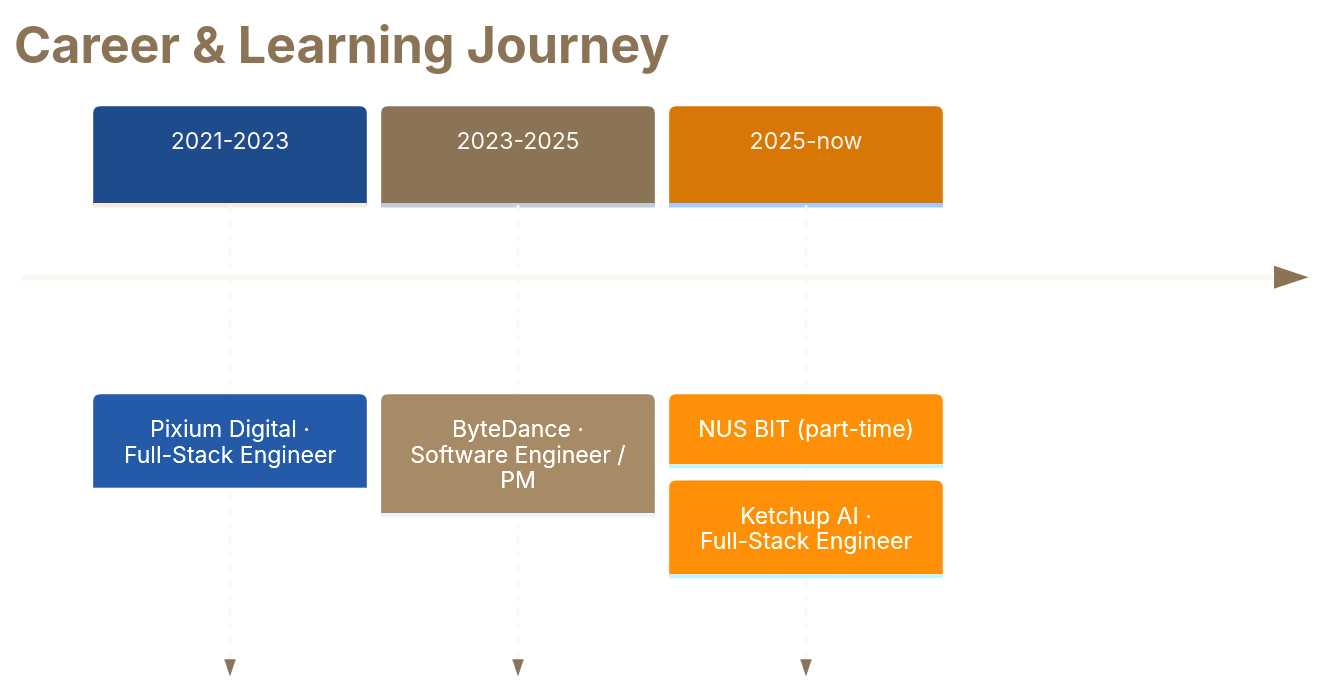
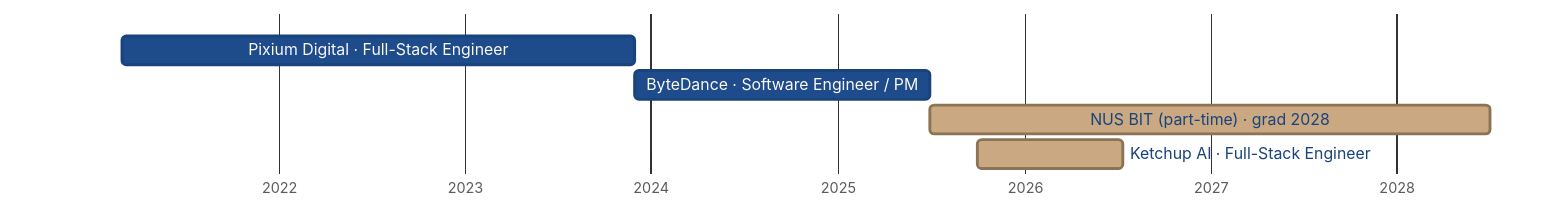
Before and after one commit to enkr1/enkr1: the diagram in README.md, drawn with Mermaid. The commit also changed other lines of this file, not shown here.

Commit message:
♻️ refactor(readme): swap timeline for a gantt with a live NOW line
The mermaid timeline diagram couldn't show a "today" marker; gantt's
todayMarker renders client-side against each viewer's clock, so the red
NOW line stays current with zero regeneration. NUS runs to 2028 so the
marker sits mid-chart crossing the active bars instead of at the edge.

Origin story (born 1999, first loop 2018) moves to a caption since those
milestones would squash a 27-year axis. Ba Zi palette kept: navy past
roles, gold active, single bronze taskTextOutsideColor that reads on both
GitHub themes.

````diff
--- a/README.md
+++ b/README.md
@@ -19,9 +21,11 @@
 ```mermaid
-%%{init: {'theme':'base', 'themeVariables': {'cScale0':'#1E4B8C','cScaleLabel0':'#FBF8F3','cScale1':'#8B7355','cScaleLabel1':'#FBF8F3','cScale2':'#D97706','cScaleLabel2':'#FBF8F3','primaryTextColor':'#FBF8F3','lineColor':'#8B7355','textColor':'#8B7355'}}}%%
-timeline
-    title Career & Learning Journey
-    2021-2023 : Pixium Digital · Full-Stack Engineer
-    2023-2025 : ByteDance · Software Engineer / PM
-    2025-now  : NUS BIT (part-time)
-              : Ketchup AI · Full-Stack Engineer
+%%{init: {'theme':'base','themeVariables':{'taskBkgColor':'#1E4B8C','taskBorderColor':'#19437B','activeTaskBkgColor':'#C9A882','activeTaskBorderColor':'#8B7355','taskTextColor':'#FBF8F3','taskTextLightColor':'#FBF8F3','taskTextDarkColor':'#19437B','taskTextOutsideColor':'#8B7355','gridColor':'rgba(139,115,85,0.25)','todayLineColor':'#E5484D','sectionBkgColor':'rgba(0,0,0,0)','altSectionBkgColor':'rgba(0,0,0,0)','fontFamily':'Cormorant Garamond, Georgia, serif'}}}%%
+gantt
+    dateFormat YYYY-MM-DD
+    axisFormat %Y
+    todayMarker stroke:#E5484D,stroke-width:3px,opacity:1
+    Pixium Digital · Full-Stack Engineer :2021-03-01, 2023-12-01
+    ByteDance · Software Engineer / PM   :2023-12-01, 2025-06-30
+    NUS BIT (part-time) · grad 2028      :active, 2025-07-01, 2028-07-01
+    Ketchup AI · Full-Stack Engineer     :active, 2025-10-01, 2026-07-14
 ```
````
